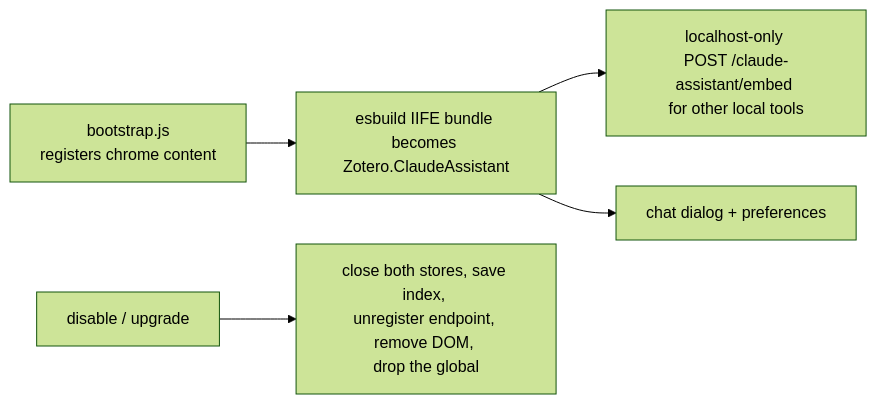
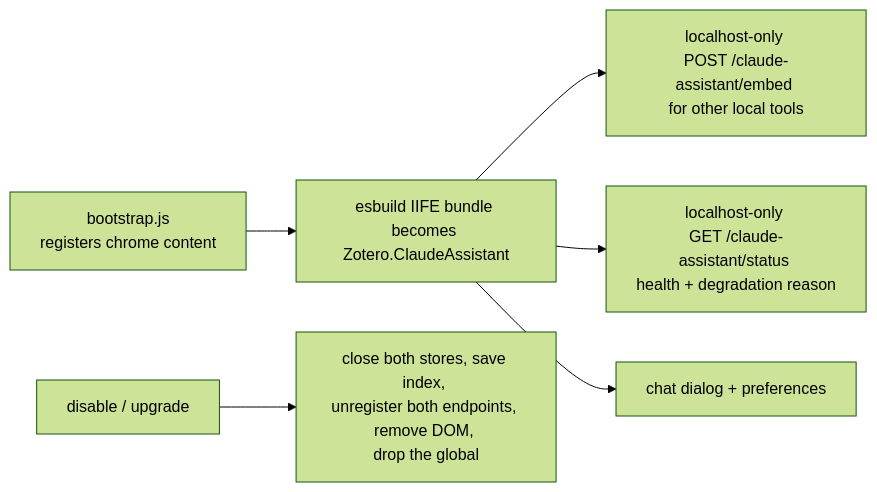
Before and after one commit to chojay/side-quests: the second of 2 diagrams in ai-tooling/zotero-claude-assistant/ARCHITECTURE.md, drawn with Mermaid (forest theme). The commit also changed other lines of this file and 35 other files, not shown here.

First line of the commit message:
Update zotero-claude-assistant to 2.4.0 and correct its docs

````diff
--- a/ai-tooling/zotero-claude-assistant/ARCHITECTURE.md
+++ b/ai-tooling/zotero-claude-assistant/ARCHITECTURE.md
@@ -35,7 +35,8 @@
 ```mermaid
 flowchart LR
     B[bootstrap.js <br/>registers chrome content] --> IIFE[esbuild IIFE bundle <br/>becomes Zotero.ClaudeAssistant]
     IIFE --> EP[localhost-only <br/>POST /claude-assistant/embed <br/>for other local tools]
+    IIFE --> ST[localhost-only <br/>GET /claude-assistant/status <br/>health + degradation reason]
     IIFE --> UI[chat dialog + preferences]
-    SD[disable / upgrade] --> CLEAN[close both stores, save index, <br/>unregister endpoint, remove DOM, <br/>drop the global]
+    SD[disable / upgrade] --> CLEAN[close both stores, save index, <br/>unregister both endpoints, remove DOM, <br/>drop the global]
 ```
````
